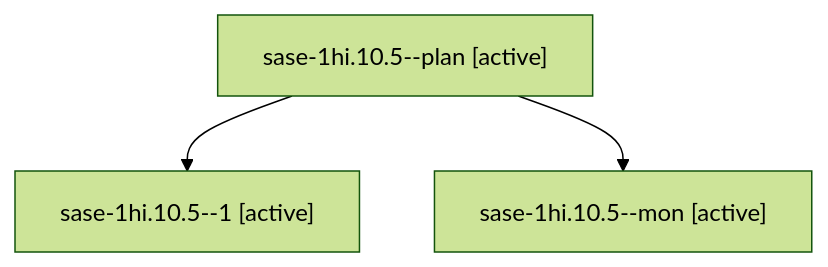
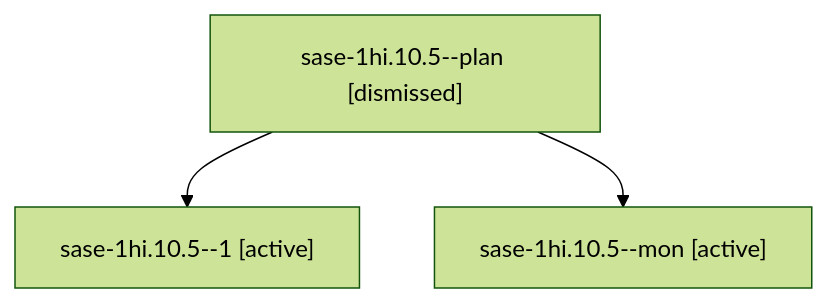
One commit to sase-org/sase--agents changed the diagram in sessions/bbugyi200.apollo.sase-1hi.10.5.md. Above: the diagram before and after it, drawn with Mermaid (forest theme). The commit also changed other lines of this file and 259 other files, not shown here.

````diff
--- a/sessions/bbugyi200.apollo.sase-1hi.10.5.md
+++ b/sessions/bbugyi200.apollo.sase-1hi.10.5.md
@@ -9,8 +9,8 @@
 ```mermaid
 flowchart TD
-  n0["sase-1hi.10.5--plan [active]"]
+  n0["sase-1hi.10.5--plan [dismissed]"]
   n1["sase-1hi.10.5--1 [active]"]
   n0 --> n1
   n2["sase-1hi.10.5--mon [active]"]
   n0 --> n2
 ```
````
